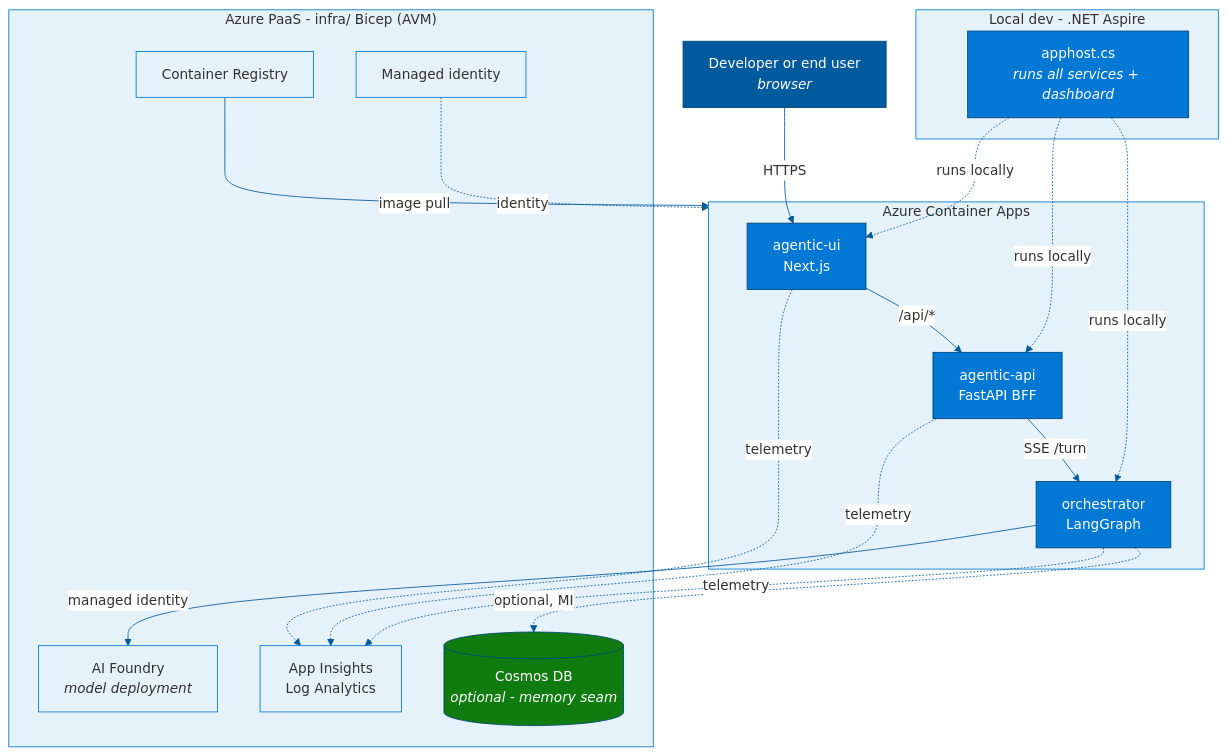
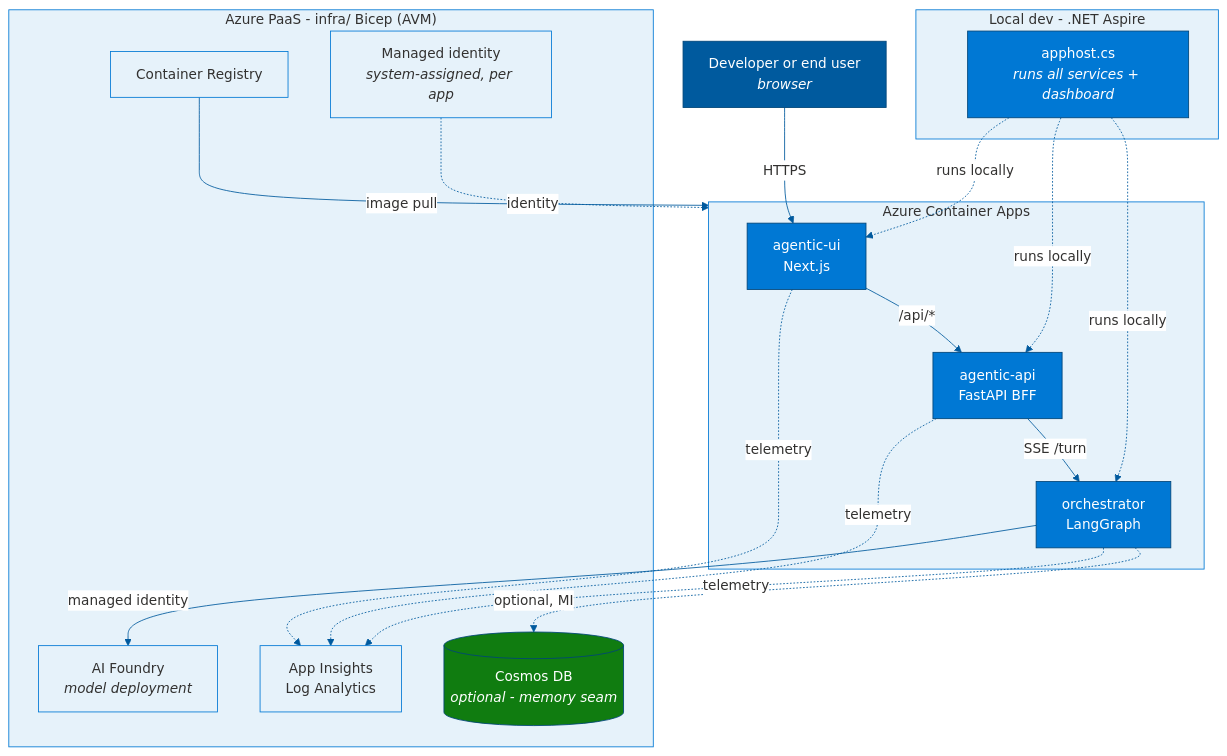
Before and after one commit to henrybravo/agentic-azure-blueprint: the diagram in README.md, drawn with Mermaid. The commit also changed other lines of this file and 4 other files, not shown here.

First line of the commit message:
infra+docs: grant orchestrator model access; document system-assigned identity

````diff
--- a/README.md
+++ b/README.md
@@ -22,43 +22,43 @@
 ```mermaid
 %%{init: {'theme':'base','themeVariables':{'primaryColor':'#E6F2FA','primaryTextColor':'#323130','primaryBorderColor':'#0078D4','secondaryColor':'#E6F2FA','secondaryTextColor':'#323130','secondaryBorderColor':'#0078D4','tertiaryColor':'#E6F2FA','tertiaryTextColor':'#323130','tertiaryBorderColor':'#0078D4','clusterBkg':'#E6F2FA','clusterBorder':'#0078D4','titleColor':'#323130','textColor':'#323130','edgeLabelBackground':'#ffffff','lineColor':'#005A9E','fontFamily':'Segoe UI'}}}%%
 flowchart TD
     User["Developer or end user<br/><i>browser</i>"]
 
     subgraph Dev["Local dev - .NET Aspire"]
         APPHOST["apphost.cs<br/><i>runs all services + dashboard</i>"]
     end
 
     subgraph ACA["Azure Container Apps"]
         UI["agentic-ui<br/>Next.js"]
         BFF["agentic-api<br/>FastAPI BFF"]
         ORCH["orchestrator<br/>LangGraph"]
     end
 
     subgraph Azure["Azure PaaS - infra/ Bicep (AVM)"]
         AI["AI Foundry<br/><i>model deployment</i>"]
         ACR["Container Registry"]
-        UAMI["Managed identity"]
+        UAMI["Managed identity<br/><i>system-assigned, per app</i>"]
         MON["App Insights<br/>Log Analytics"]
         COSMOS[("Cosmos DB<br/><i>optional - memory seam</i>")]
     end
 
     User -->|HTTPS| UI
     UI -->|/api/*| BFF
     BFF -->|SSE /turn| ORCH
     ORCH -->|managed identity| AI
     ACR -->|image pull| ACA
     ORCH -.optional, MI.-> COSMOS
     UI & BFF & ORCH -.telemetry.-> MON
     UAMI -.identity.-> ACA
     APPHOST -.runs locally.-> UI & BFF & ORCH
 
     classDef userNode fill:#005A9E,stroke:#004578,color:#fff
     classDef appNode fill:#0078D4,stroke:#004578,color:#fff
     classDef paasNode fill:#E6F2FA,stroke:#0078D4,color:#323130
     classDef dataNode fill:#107C10,stroke:#004578,color:#fff
 
     class User userNode
     class UI,BFF,ORCH,APPHOST appNode
     class AI,ACR,UAMI,MON paasNode
     class COSMOS dataNode
 ```
````
